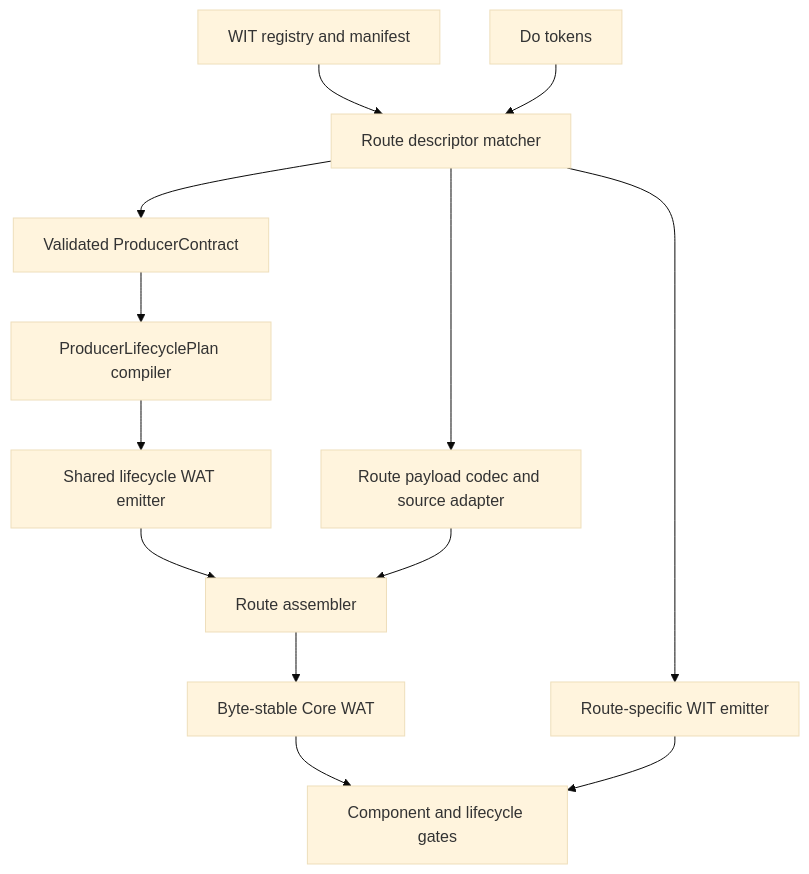
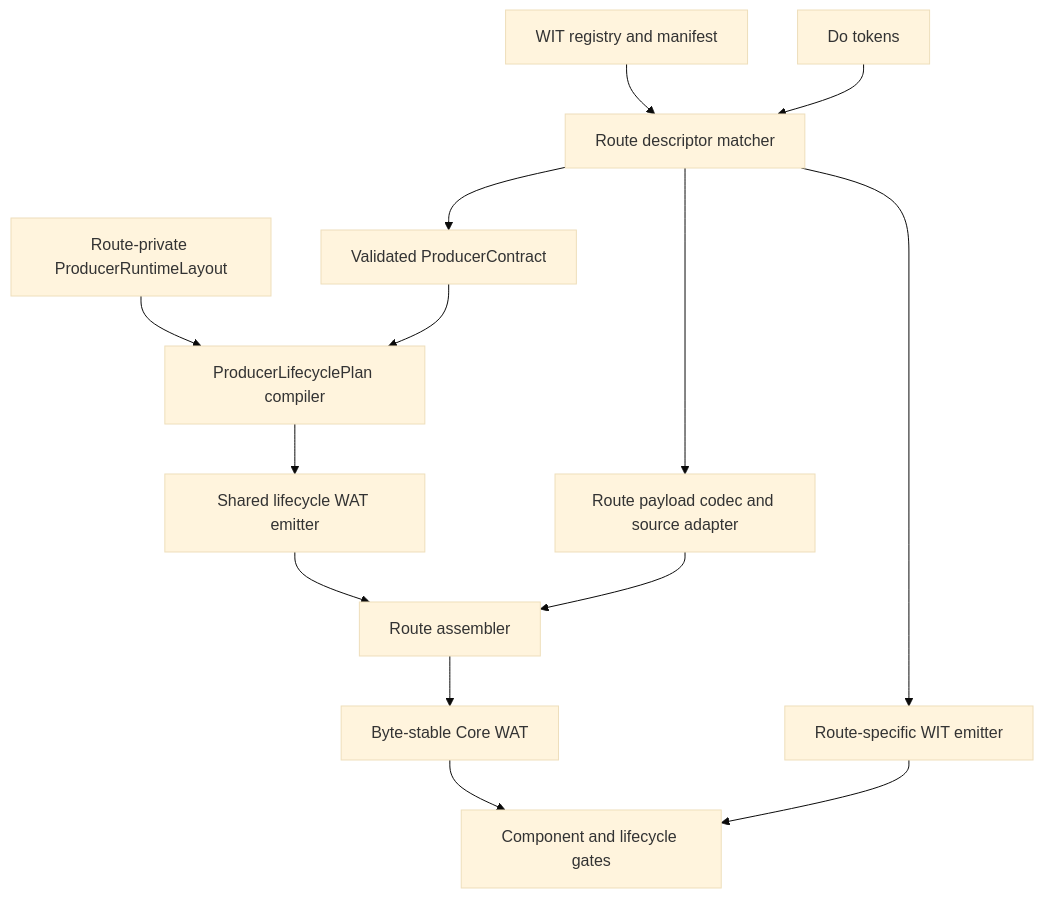
The diagram in doc/superpowers/specs/2026-09-12-g6-2-producer-emitter-consolidation-design.md (6643/do), drawn with Mermaid (base theme) before and after one commit. The commit also changed other lines of this file and 1 other file, not shown here.

Commit message:
Add producer emitter consolidation plan

````diff
--- a/doc/superpowers/specs/2026-09-12-g6-2-producer-emitter-consolidation-design.md
+++ b/doc/superpowers/specs/2026-09-12-g6-2-producer-emitter-consolidation-design.md
@@ -55,15 +57,16 @@
 ```mermaid
 flowchart TD
     W[WIT registry and manifest] --> M[Route descriptor matcher]
     D[Do tokens] --> M
     M --> C[Validated ProducerContract]
-    C --> P[ProducerLifecyclePlan compiler]
+    L[Route-private ProducerRuntimeLayout] --> P[ProducerLifecyclePlan compiler]
+    C --> P
     P --> E[Shared lifecycle WAT emitter]
     M --> R[Route payload codec and source adapter]
     E --> A[Route assembler]
     R --> A
     A --> O[Byte-stable Core WAT]
     M --> I[Route-specific WIT emitter]
     O --> V[Component and lifecycle gates]
     I --> V
 ```
````
